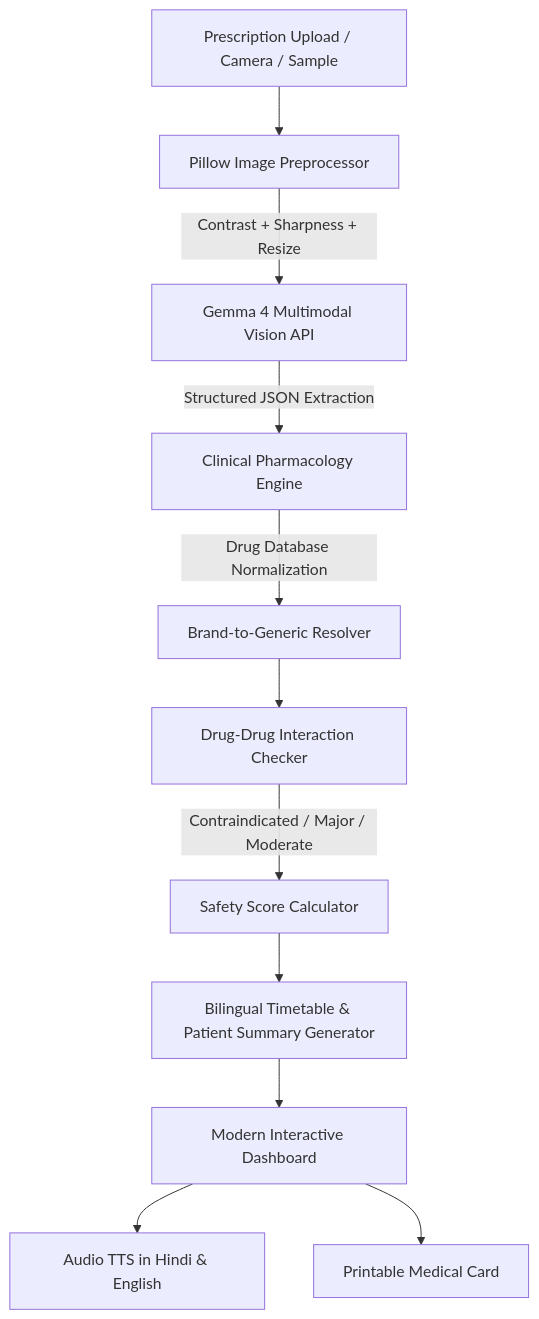
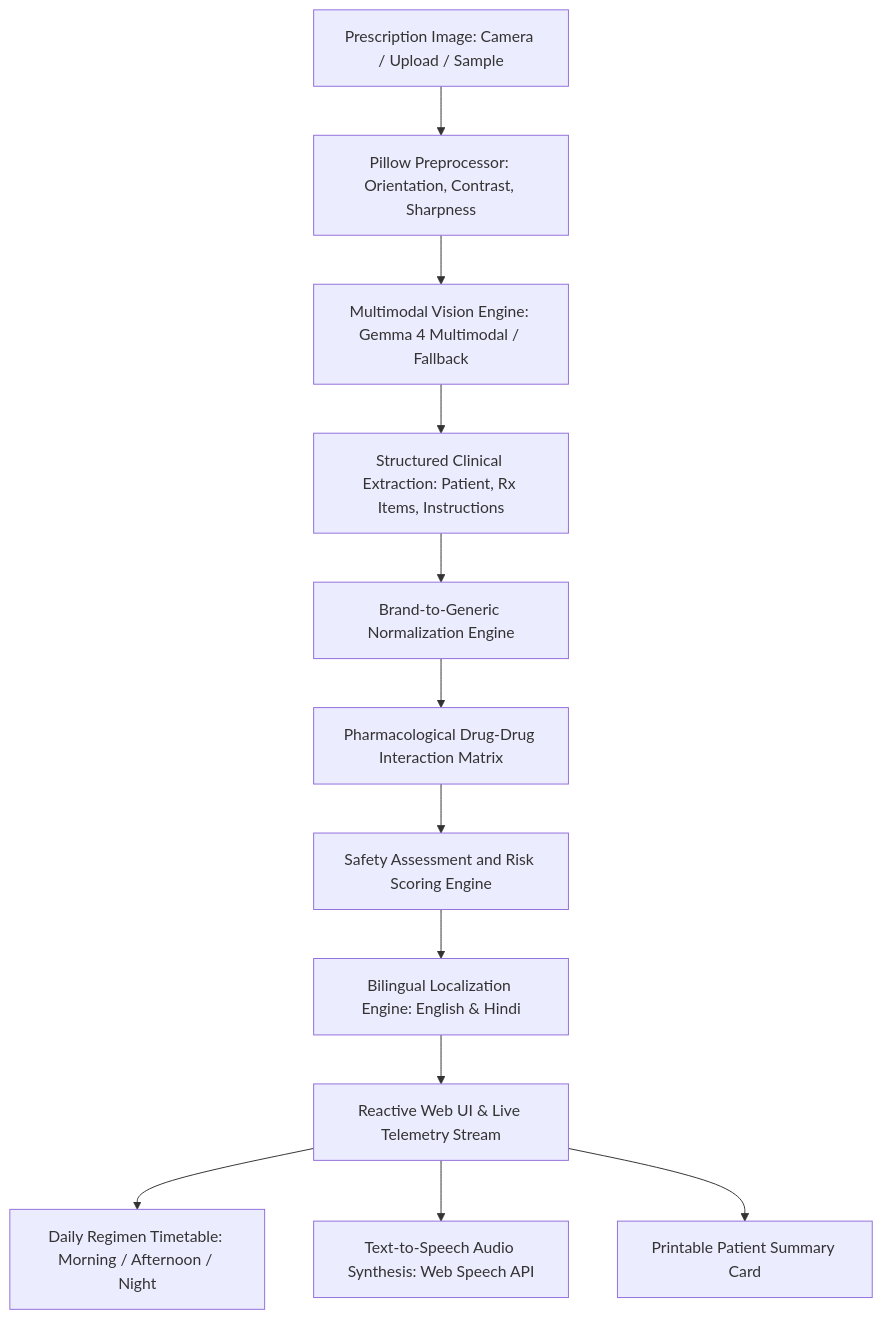
Before and after one commit to sillypari/AushadhiDrishti: the diagram in README.md, drawn with Mermaid. The commit also changed other lines of this file and 10 other files, not shown here.

````diff
--- a/README.md
+++ b/README.md
@@ -42,13 +53,14 @@
 ```mermaid
 graph TD
-    A[Prescription Upload / Camera / Sample] --> B[Pillow Image Preprocessor]
-    B -->|Contrast + Sharpness + Resize| C[Gemma 4 Multimodal Vision API]
-    C -->|Structured JSON Extraction| D[Clinical Pharmacology Engine]
-    D -->|Drug Database Normalization| E[Brand-to-Generic Resolver]
-    E --> F[Drug-Drug Interaction Checker]
-    F -->|Contraindicated / Major / Moderate| G[Safety Score Calculator]
-    G --> H[Bilingual Timetable & Patient Summary Generator]
-    H --> I[Modern Interactive Dashboard]
-    I --> J[Audio TTS in Hindi & English]
-    I --> K[Printable Medical Card]
+    A[Prescription Image: Camera / Upload / Sample] --> B[Pillow Preprocessor: Orientation, Contrast, Sharpness]
+    B --> C[Multimodal Vision Engine: Gemma 4 Multimodal / Fallback]
+    C --> D[Structured Clinical Extraction: Patient, Rx Items, Instructions]
+    D --> E[Brand-to-Generic Normalization Engine]
+    E --> F[Pharmacological Drug-Drug Interaction Matrix]
+    F --> G[Safety Assessment and Risk Scoring Engine]
+    G --> H[Bilingual Localization Engine: English & Hindi]
+    H --> I[Reactive Web UI & Live Telemetry Stream]
+    I --> J[Daily Regimen Timetable: Morning / Afternoon / Night]
+    I --> K[Text-to-Speech Audio Synthesis: Web Speech API]
+    I --> L[Printable Patient Summary Card]
 ```
````
